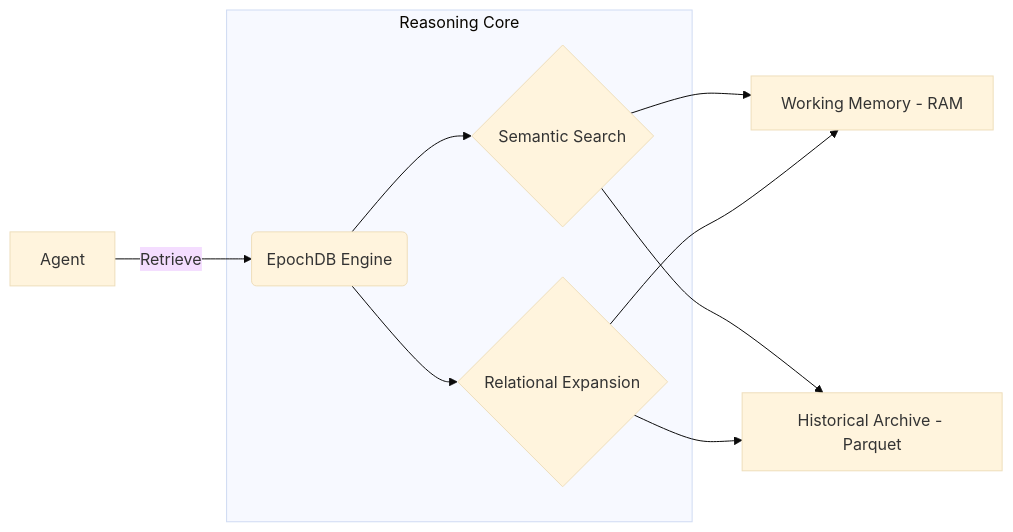
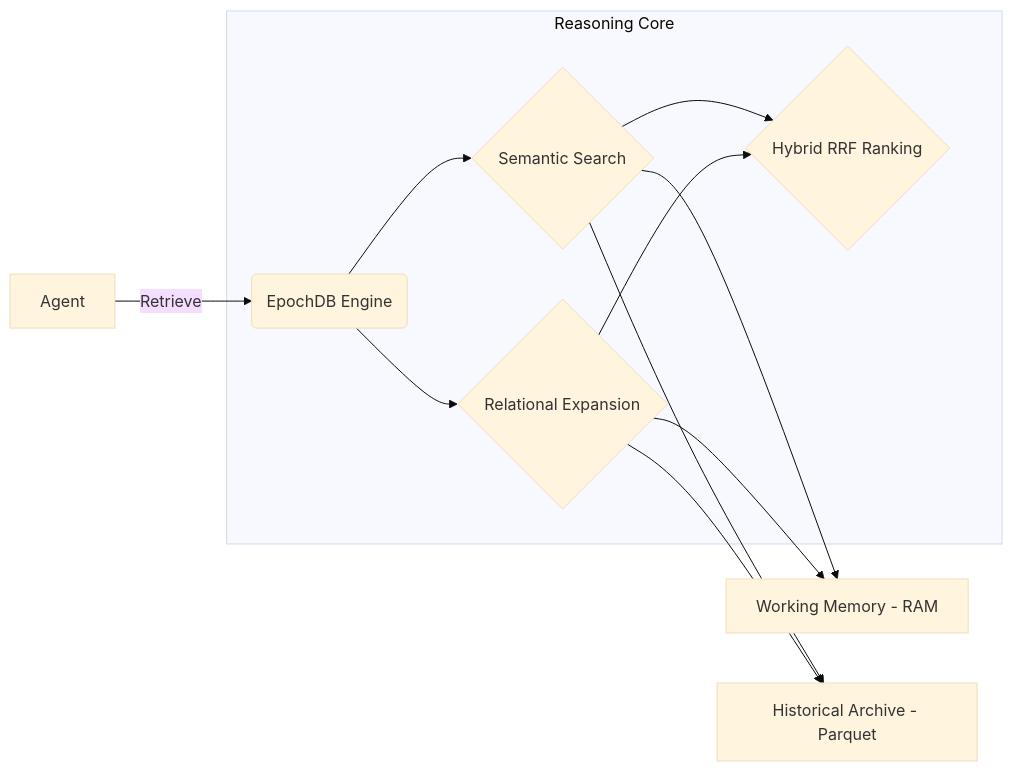
One commit to jersobh/epochdb changed the diagram in README.md. Above: the diagram before and after it, drawn with Mermaid (base theme). The commit also changed other lines of this file and 7 other files, not shown here.

Commit message:
feat: implement asynchronous ingestion tiering, int8 scaling, and Hybrid Ranking RRF

````diff
--- a/README.md
+++ b/README.md
@@ -19,10 +19,11 @@
 ```mermaid
 graph LR
     A[Agent] -->|Retrieve| B(EpochDB Engine)
     subgraph "Reasoning Core"
         B --> C{Semantic Search}
         B --> D{Relational Expansion}
+        C & D --> R{Hybrid RRF Ranking}
     end
     C & D --> E[Working Memory - RAM]
     C & D --> F[Historical Archive - Parquet]
 ```
````
